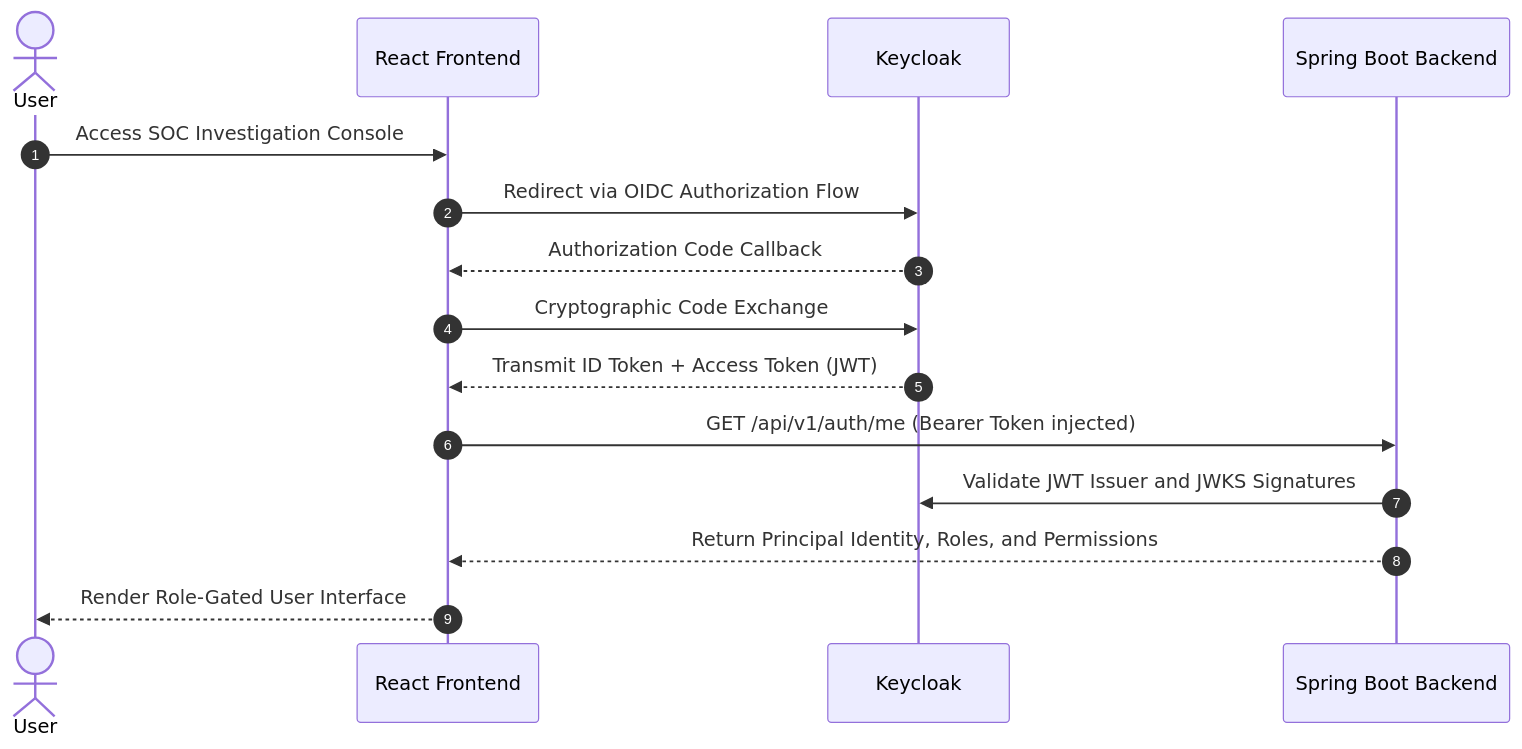
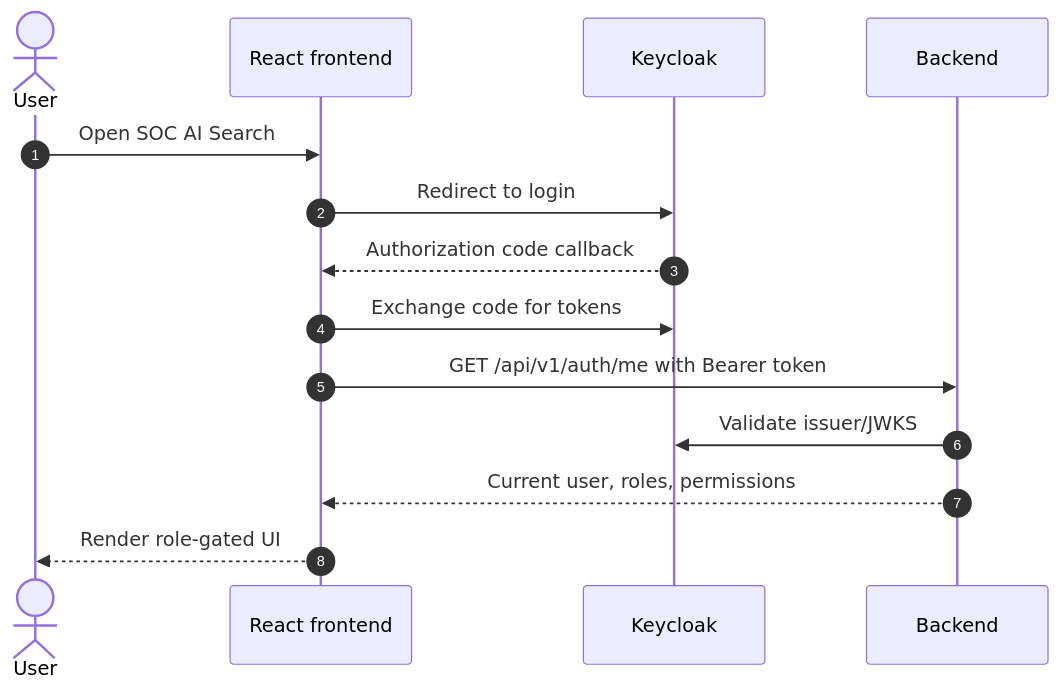
The first of 12 diagrams in docs/sequence-flow.md (PhamVanMinhBinhThuan/soc-ai-search), drawn with Mermaid before and after one commit. The commit also changed other lines of this file and 8 other files, not shown here.

````diff
--- a/docs/sequence-flow.md
+++ b/docs/sequence-flow.md
@@ -38,18 +5,17 @@
 ```mermaid
 sequenceDiagram
     autonumber
-    actor User as User
-    participant FE as React Frontend
+    actor User
+    participant FE as React frontend
     participant KC as Keycloak
-    participant BE as Spring Boot Backend
+    participant BE as Backend
 
-    User->>FE: Access SOC Investigation Console
-    FE->>KC: Redirect via OIDC Authorization Flow
-    KC-->>FE: Authorization Code Callback
-    FE->>KC: Cryptographic Code Exchange
-    KC-->>FE: Transmit ID Token + Access Token (JWT)
-    FE->>BE: GET /api/v1/auth/me (Bearer Token injected)
-    BE->>KC: Validate JWT Issuer and JWKS Signatures
-    BE-->>FE: Return Principal Identity, Roles, and Permissions
-    FE-->>User: Render Role-Gated User Interface
+    User->>FE: Open SOC AI Search
+    FE->>KC: Redirect to login
+    KC-->>FE: Authorization code callback
+    FE->>KC: Exchange code for tokens
+    FE->>BE: GET /api/v1/auth/me with Bearer token
+    BE->>KC: Validate issuer/JWKS
+    BE-->>FE: Current user, roles, permissions
+    FE-->>User: Render role-gated UI
 ```
````
